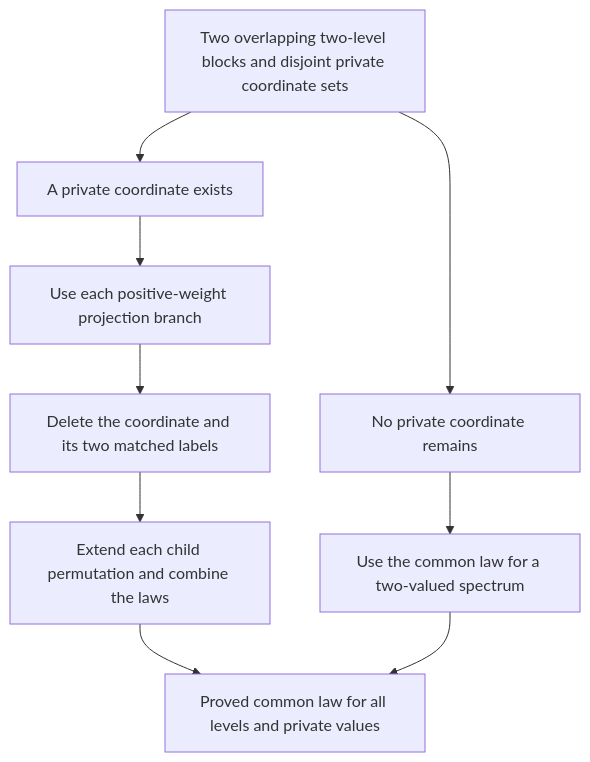
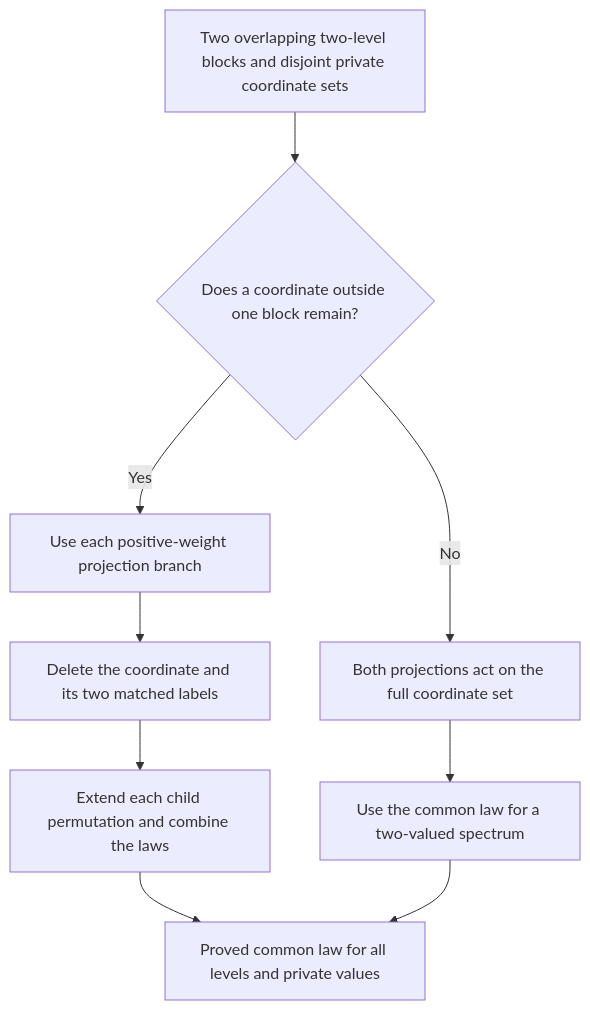
One commit to ascendnoosphere/MOC changed the second of 2 diagrams in Docs/projection-leaf-deletion-proof-map.md. Above: the diagram before and after it, drawn with Mermaid. The commit also changed other lines of this file and 148 other files, not shown here.

````diff
--- a/Docs/projection-leaf-deletion-proof-map.md
+++ b/Docs/projection-leaf-deletion-proof-map.md
@@ -105,12 +103,12 @@
 ```mermaid
 flowchart TD
     Input["Two overlapping two-level blocks and disjoint private coordinate sets"]
-    Input --> Private["A private coordinate exists"]
-    Input --> Shared["No private coordinate remains"]
-    Private --> Condition["Use each positive-weight projection branch"]
+    Input --> Test{"Does a coordinate outside one block remain?"}
+    Test -->|Yes| Condition["Use each positive-weight projection branch"]
+    Test -->|No| Shared["Both projections act on the full coordinate set"]
     Condition --> Delete["Delete the coordinate and its two matched labels"]
     Delete --> Combine["Extend each child permutation and combine the laws"]
     Shared --> Base["Use the common law for a two-valued spectrum"]
     Combine --> Law["Proved common law for all levels and private values"]
     Base --> Law
 ```
````
